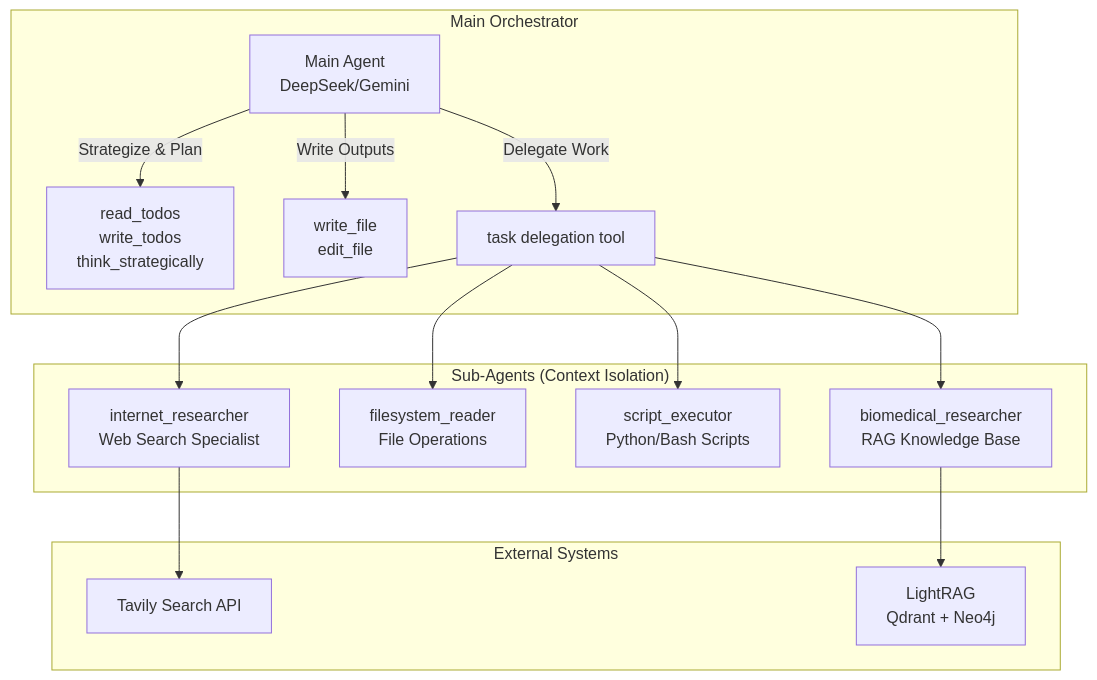
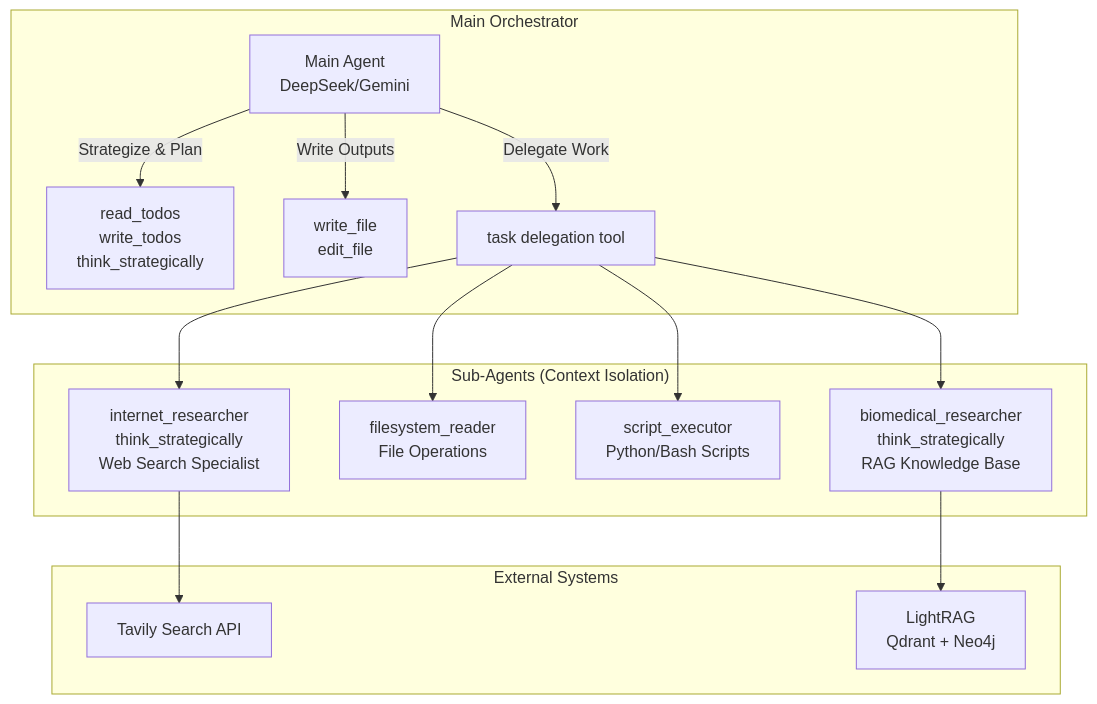
Before and after one commit to aditya-ladawa/daedalus: the first of 5 diagrams in project_architecture_documentation.md, drawn with Mermaid. The commit also changed other lines of this file and 19 other files, not shown here.

````diff
--- a/project_architecture_documentation.md
+++ b/project_architecture_documentation.md
@@ -108,21 +108,21 @@
 ```mermaid
 graph TB
     subgraph "Main Orchestrator"
         MA[Main Agent<br/>DeepSeek/Gemini]
         MA --> |"Strategize & Plan"| Tools1[read_todos<br/>write_todos<br/>think_strategically]
         MA --> |"Write Outputs"| Tools2[write_file<br/>edit_file]
         MA --> |"Delegate Work"| Task[task delegation tool]
     end
 
     subgraph "Sub-Agents (Context Isolation)"
-        Task --> IR[internet_researcher<br/>Web Search Specialist]
+        Task --> IR[internet_researcher<br/>think_strategically<br/>Web Search Specialist]
         Task --> FR[filesystem_reader<br/>File Operations]
         Task --> SE[script_executor<br/>Python/Bash Scripts]
-        Task --> BR[biomedical_researcher<br/>RAG Knowledge Base]
+        Task --> BR[biomedical_researcher<br/>think_strategically<br/>RAG Knowledge Base]
     end
 
     subgraph "External Systems"
         IR --> Tavily[Tavily Search API]
         BR --> LightRAG[LightRAG<br/>Qdrant + Neo4j]
     end
 ```
````
